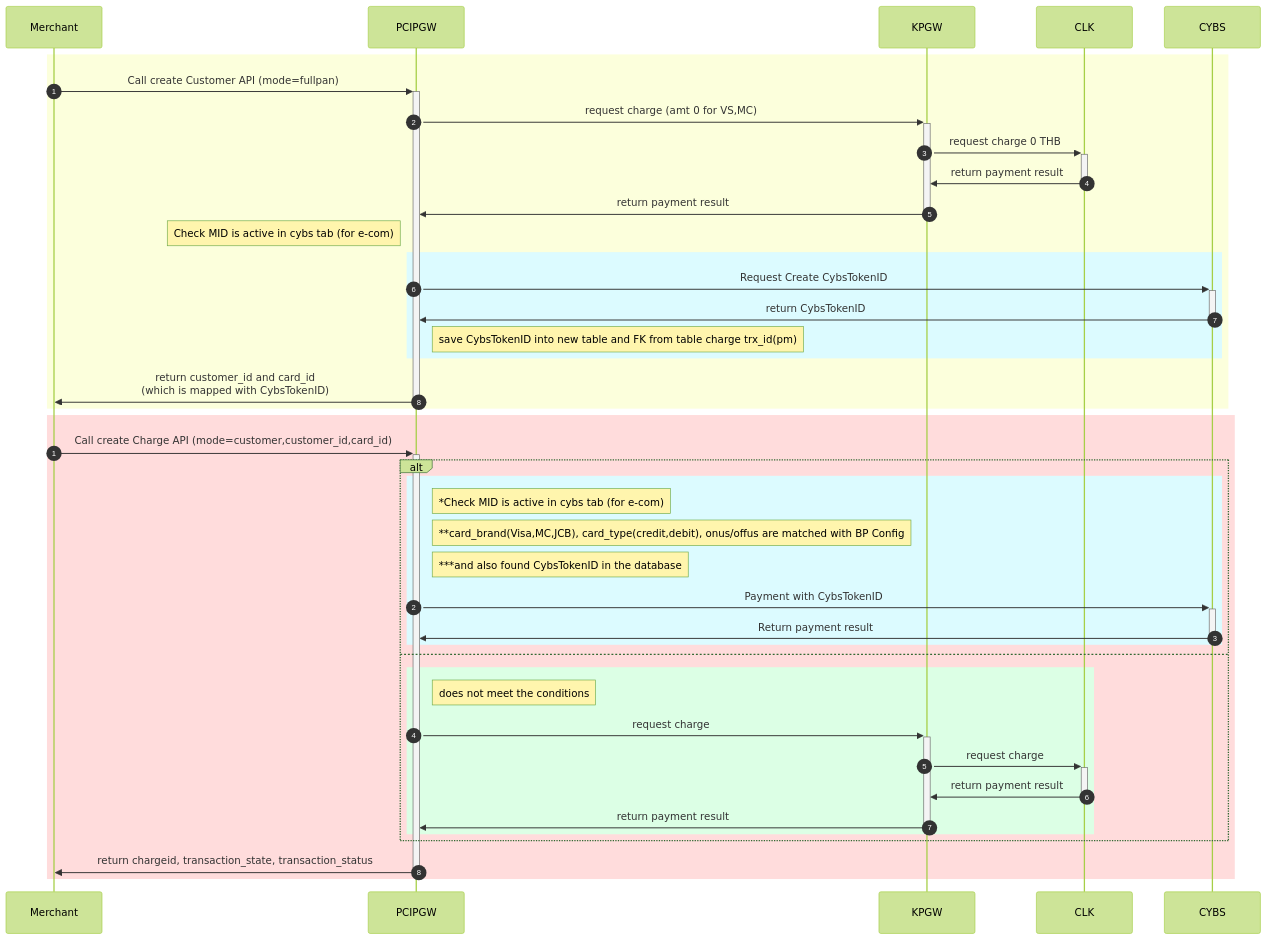
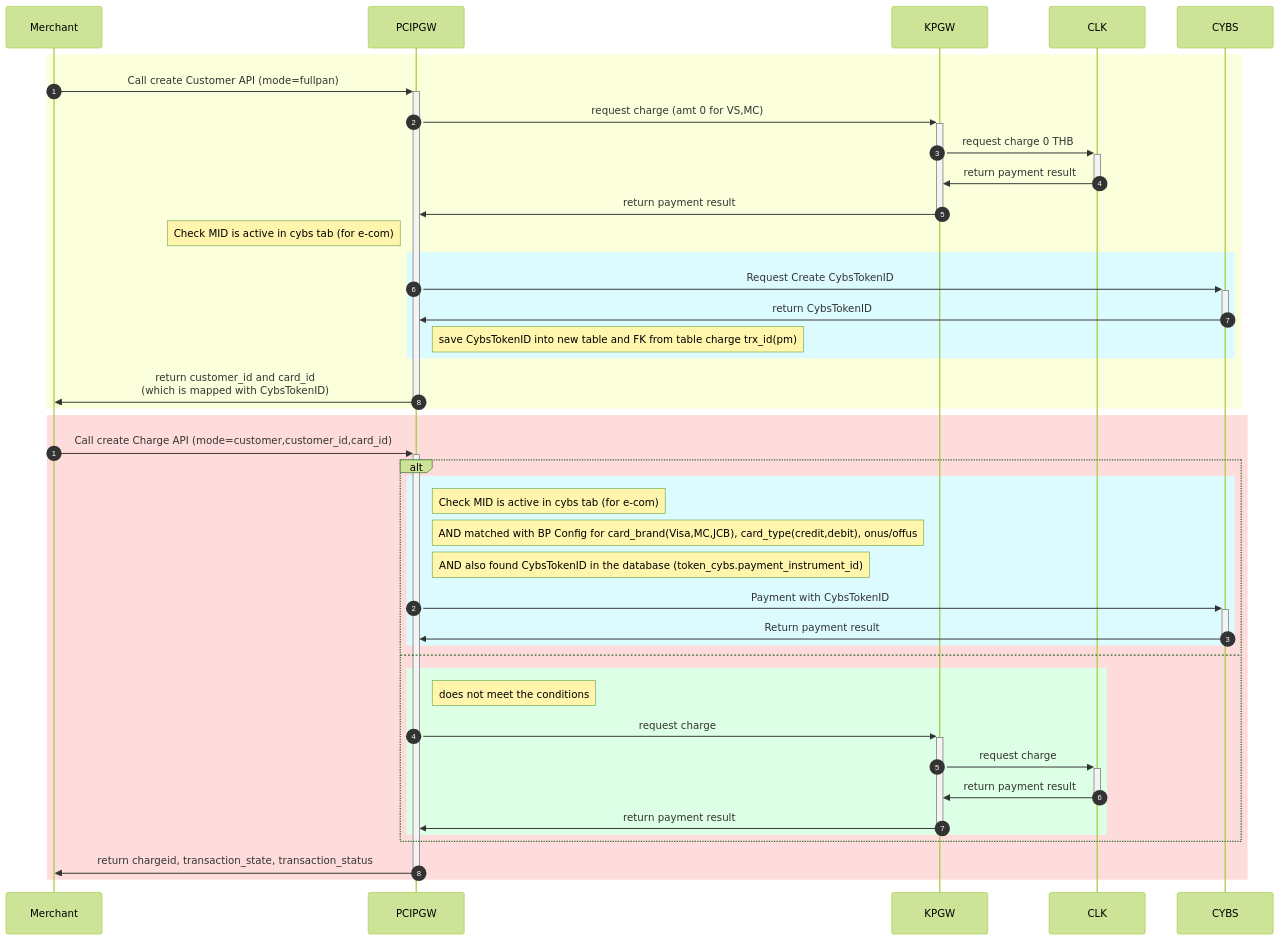
One commit to yuusuke25/MyNotes changed the sixth of 9 diagrams in Cybs-Ph2-Flow-new1.md. Above: the diagram before and after it, drawn with Mermaid (forest theme). The commit also changed other lines of this file, not shown here.

````diff
--- a/Cybs-Ph2-Flow-new1.md
+++ b/Cybs-Ph2-Flow-new1.md
@@ -202,40 +202,40 @@
 ```mermaid
     sequenceDiagram
         autonumber 1
         rect rgb(252, 255, 220)
             Merchant->>+PCIPGW:Call create Customer API (mode=fullpan)
             PCIPGW->>+KPGW:request charge (amt 0 for VS,MC)
             KPGW->>+CLK:request charge 0 THB
             CLK->>-KPGW:return payment result
             KPGW->>-PCIPGW:return payment result
             Note left of PCIPGW: Check MID is active in cybs tab (for e-com)
             rect rgb(220, 251, 255)
               PCIPGW->>+CYBS:Request Create CybsTokenID
               CYBS->>-PCIPGW:return CybsTokenID
               Note right of PCIPGW: save CybsTokenID into new table and FK from table charge trx_id(pm)
             end
             PCIPGW->>-Merchant:return customer_id and card_id<br>(which is mapped with CybsTokenID)
         end
         autonumber 1
         rect rgb(255, 220, 220)
             Merchant->>+PCIPGW:Call create Charge API (mode=customer,customer_id,card_id)
               alt
                 rect rgb(220, 251, 255)
-                  Note right of PCIPGW: *Check MID is active in cybs tab (for e-com)
-                  Note right of PCIPGW: **card_brand(Visa,MC,JCB), card_type(credit,debit), onus/offus are matched with BP Config 
-                  Note right of PCIPGW: ***and also found CybsTokenID in the database
+                  Note right of PCIPGW: Check MID is active in cybs tab (for e-com)
+                  Note right of PCIPGW: AND matched with BP Config for card_brand(Visa,MC,JCB), card_type(credit,debit), onus/offus
+                  Note right of PCIPGW: AND also found CybsTokenID in the database (token_cybs.payment_instrument_id)
                     PCIPGW->>+CYBS:Payment with CybsTokenID
                     CYBS->>-PCIPGW:Return payment result
                 end
               else
                 rect rgb(220, 255, 229)
                   Note right of PCIPGW: does not meet the conditions
                     PCIPGW->>+KPGW:request charge
                     KPGW->>+CLK:request charge
                     CLK->>-KPGW:return payment result
                     KPGW->>-PCIPGW:return payment result
                 end
               end
             PCIPGW->>-Merchant:return chargeid, transaction_state, transaction_status
         end
 ```
````
